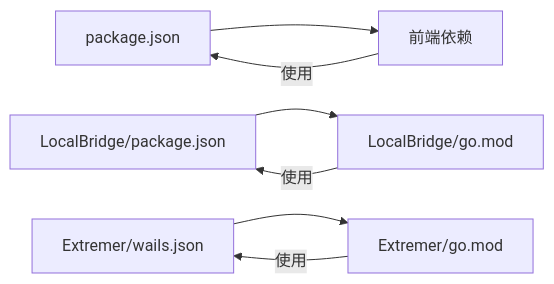
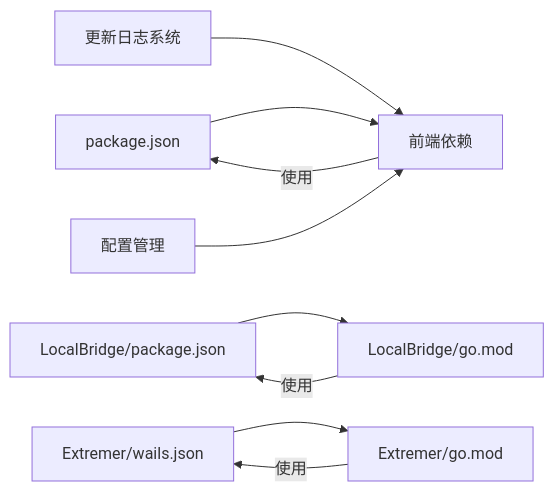
The third of 3 diagrams in .qoder/repowiki/zh/content/开发者指南/部署与发布/部署与发布.md (kqcoxn/MaaPipelineEditor), drawn with Mermaid before and after one commit. The commit also changed other lines of this file and 50 other files, not shown here.

````diff
--- a/.qoder/repowiki/zh/content/开发者指南/部署与发布/部署与发布.md
+++ b/.qoder/repowiki/zh/content/开发者指南/部署与发布/部署与发布.md
@@ -241,9 +479,11 @@
 ```mermaid
 graph LR
 P["package.json"] --> FE["前端依赖"]
 LBPKG["LocalBridge/package.json"] --> LBGOMOD["LocalBridge/go.mod"]
 EXTWJSON["Extremer/wails.json"] --> EXTGOMOD["Extremer/go.mod"]
 FE --> |使用| P
 LBGOMOD --> |使用| LBPKG
 EXTGOMOD --> |使用| EXTWJSON
+UL["更新日志系统"] --> FE
+CS["配置管理"] --> FE
 ```
````
